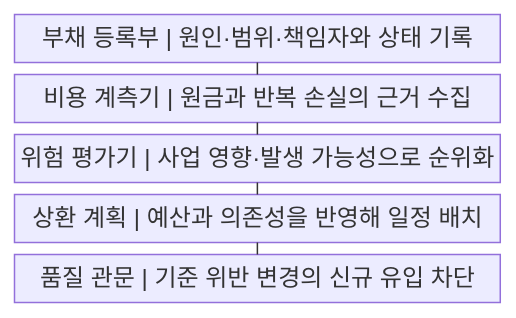
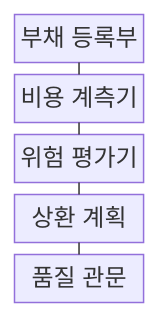
Before and after one commit to agnusdei1207/knowledge-base: the first of 2 diagrams in src/content/docs/notes/03-software/213_technical_debt_measurement.md, drawn with Mermaid. The commit also changed other lines of this file and 238 other files, not shown here.

````diff
--- a/src/content/docs/notes/03-software/213_technical_debt_measurement.md
+++ b/src/content/docs/notes/03-software/213_technical_debt_measurement.md
@@ -50,13 +50,13 @@
 ```mermaid
-block
+block-beta
     columns 1
-    A["부채 등록부 | 원인·범위·책임자와 상태 기록"]
-    B["비용 계측기 | 원금과 반복 손실의 근거 수집"]
-    C["위험 평가기 | 사업 영향·발생 가능성으로 순위화"]
-    D["상환 계획 | 예산과 의존성을 반영해 일정 배치"]
-    E["품질 관문 | 기준 위반 변경의 신규 유입 차단"]
+    A["부채 등록부"]
+    B["비용 계측기"]
+    C["위험 평가기"]
+    D["상환 계획"]
+    E["품질 관문"]
     A --- B
     B --- C
     C --- D
     D --- E
 ```
````
